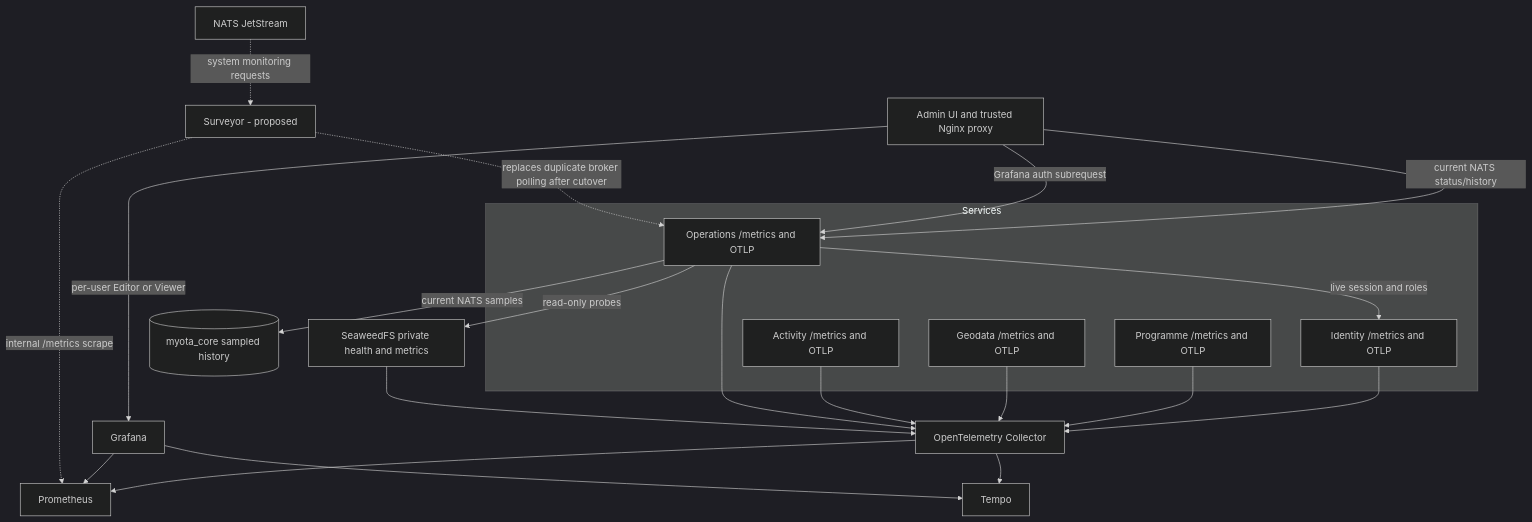
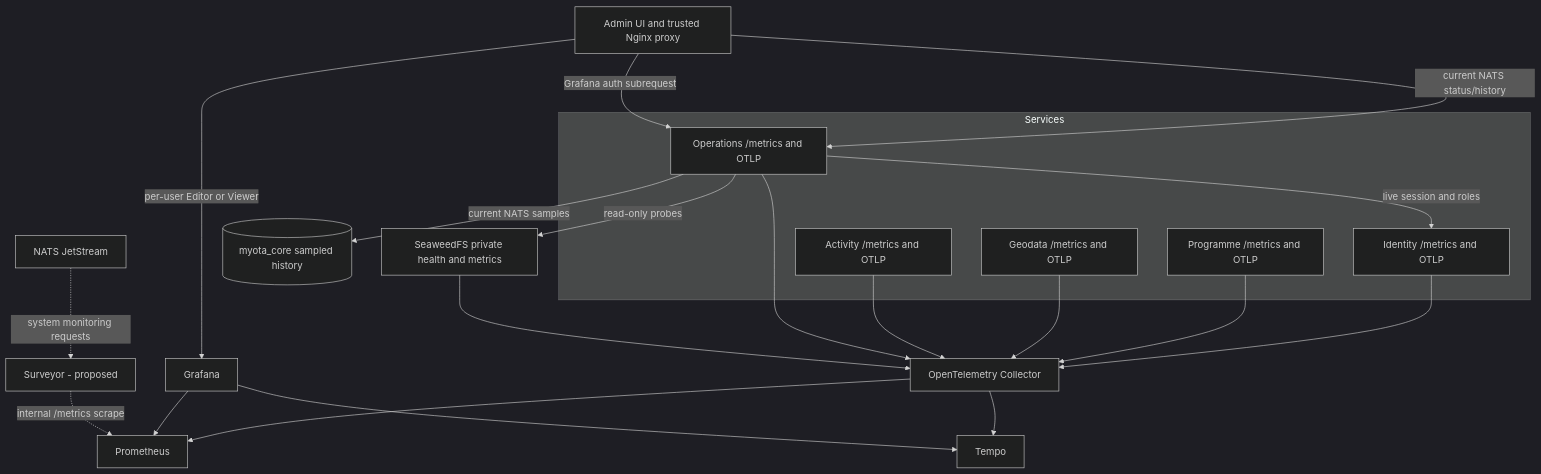
Before and after one commit to myota-platform/myota-docs: the diagram in docs/architecture/diagrams/observability-architecture.md, drawn with Mermaid (dark theme).

Commit message:
docs: simplify proposed Surveyor architecture path

````diff
--- a/docs/architecture/diagrams/observability-architecture.md
+++ b/docs/architecture/diagrams/observability-architecture.md
@@ -3,38 +3,37 @@
 ```mermaid
 flowchart TB
   subgraph Services
     I[Identity /metrics and OTLP]
     P[Programme /metrics and OTLP]
     G[Geodata /metrics and OTLP]
     A[Activity /metrics and OTLP]
     O[Operations /metrics and OTLP]
   end
   C[OpenTelemetry Collector]
   PR[Prometheus]
   GR[Grafana]
   T[Tempo]
   SW[SeaweedFS private health and metrics]
   UI[Admin UI and trusted Nginx proxy]
   DB[(myota_core sampled history)]
   N[NATS JetStream]
   S[Surveyor - proposed]
   I --> C
   P --> C
   G --> C
   A --> C
   O --> C
   SW --> C
   O -->|read-only probes| SW
   O -->|current NATS samples| DB
   UI -->|current NATS status/history| O
   UI -->|Grafana auth subrequest| O
   O -->|live session and roles| I
   UI -->|per-user Editor or Viewer| GR
   C --> PR
   C --> T
   GR --> PR
   GR --> T
   N -. system monitoring requests .-> S
   S -. internal /metrics scrape .-> PR
-  S -. replaces duplicate broker polling after cutover .-> O
 ```
````
